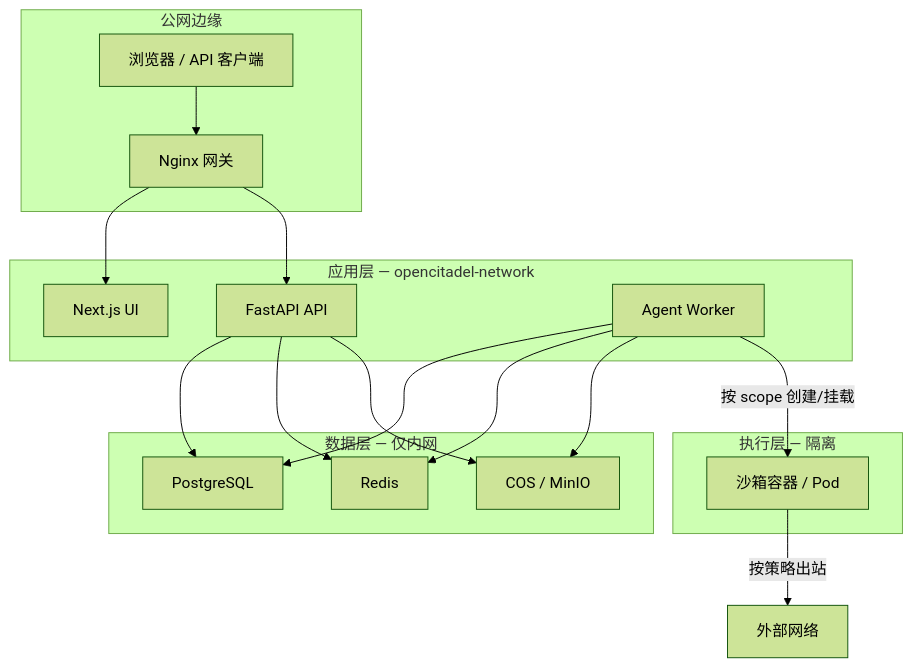
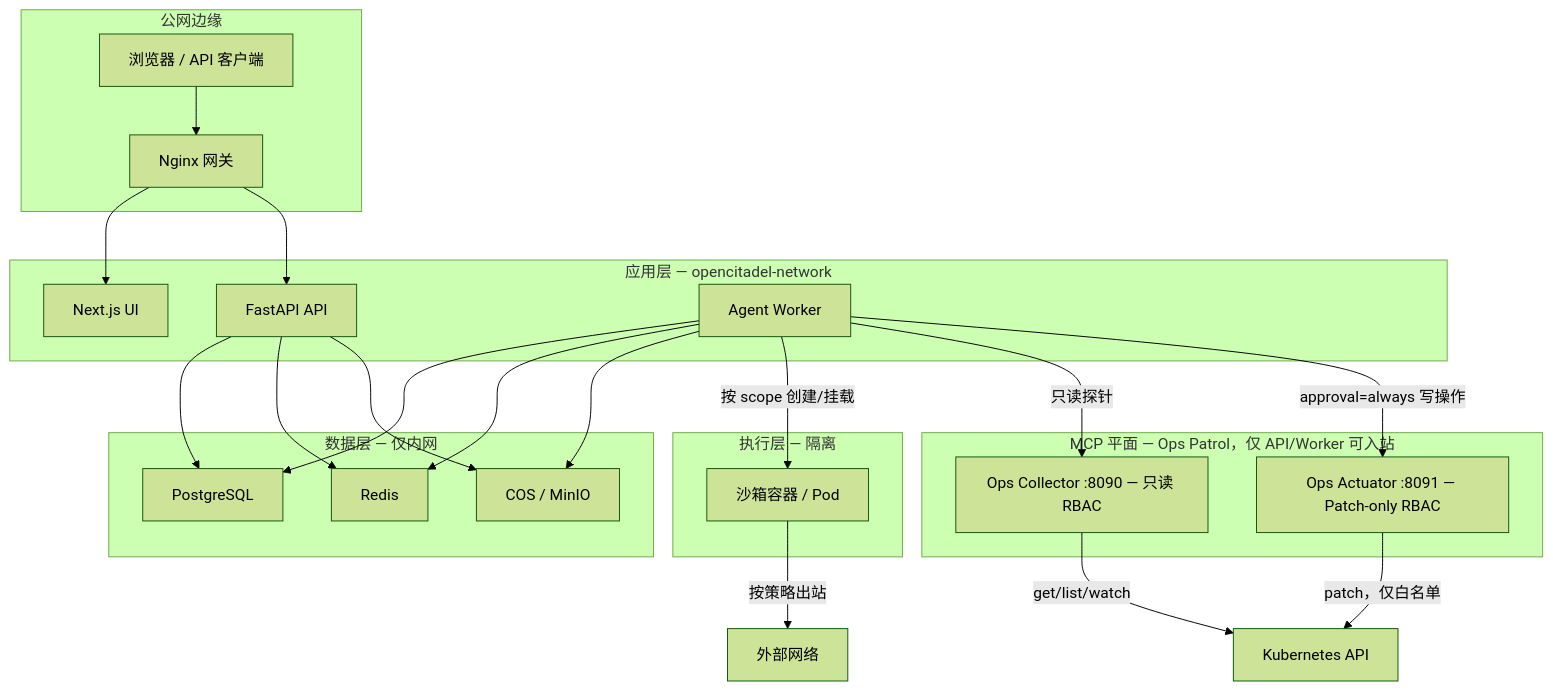
One commit to OceaLong/opencitadel changed the first of 4 diagrams in docs/architecture/security-model.zh-CN.md. Above: the diagram before and after it, drawn with Mermaid (forest theme). The commit also changed other lines of this file and 375 other files, not shown here.

First line of the commit message:
feat(ops-patrol): add remediation support for Ops Patrol

````diff
--- a/docs/architecture/security-model.zh-CN.md
+++ b/docs/architecture/security-model.zh-CN.md
@@ -9,31 +9,39 @@
 ```mermaid
 flowchart TB
   subgraph public ["公网边缘"]
     Browser["浏览器 / API 客户端"]
     Nginx["Nginx 网关"]
   end
   subgraph app ["应用层 — opencitadel-network"]
     UI["Next.js UI"]
     API["FastAPI API"]
     Worker["Agent Worker"]
   end
   subgraph data ["数据层 — 仅内网"]
     PG["PostgreSQL"]
     Redis["Redis"]
     Storage["COS / MinIO"]
   end
   subgraph exec ["执行层 — 隔离"]
     Sandbox["沙箱容器 / Pod"]
   end
+  subgraph mcpplane ["MCP 平面 — Ops Patrol，仅 API/Worker 可入站"]
+    Collector["Ops Collector :8090 — 只读 RBAC"]
+    Actuator["Ops Actuator :8091 — Patch-only RBAC"]
+  end
   Browser --> Nginx
   Nginx --> UI
   Nginx --> API
   API --> PG
   API --> Redis
   API --> Storage
   Worker --> PG
   Worker --> Redis
   Worker --> Storage
   Worker -->|"按 scope 创建/挂载"| Sandbox
   Sandbox -->|"按策略出站"| Internet["外部网络"]
+  Worker -->|"只读探针"| Collector
+  Worker -->|"approval=always 写操作"| Actuator
+  Collector -->|"get/list/watch"| K8s["Kubernetes API"]
+  Actuator -->|"patch，仅白名单"| K8s
 ```
````
